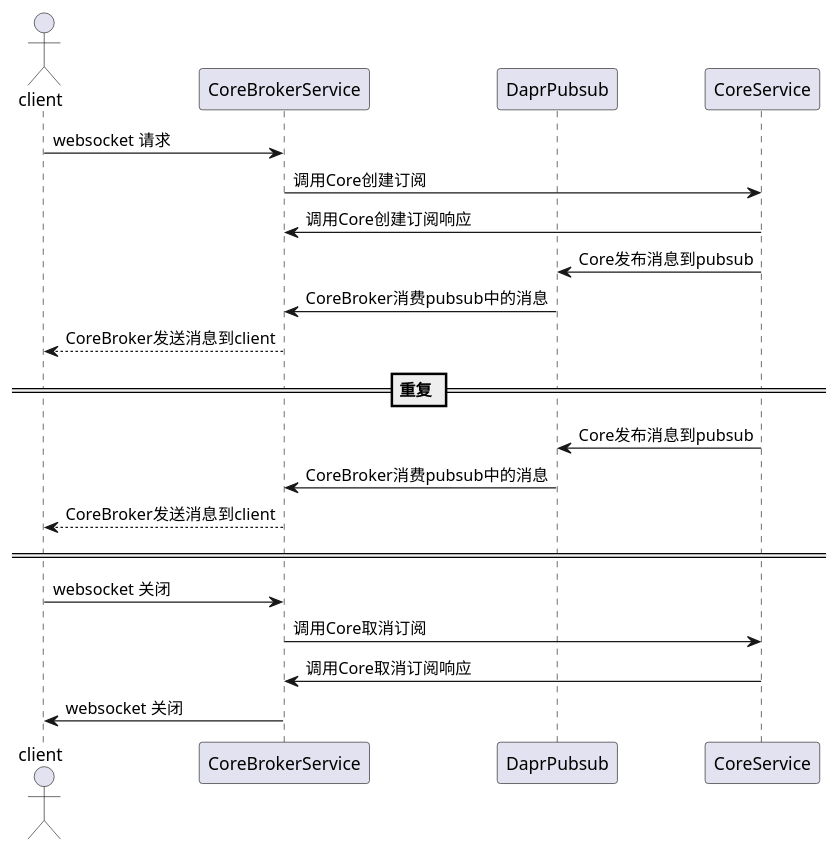
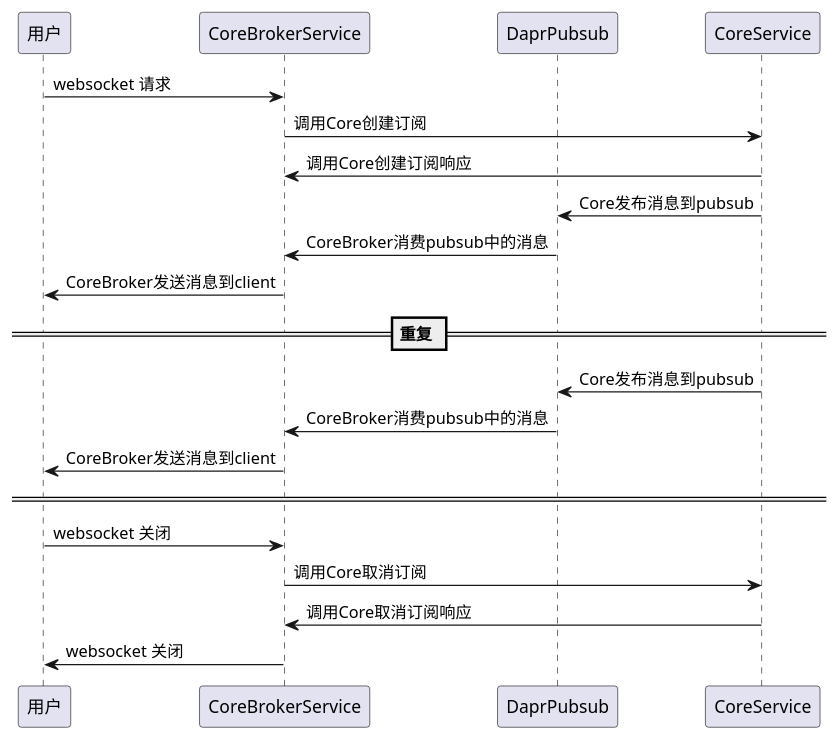
One commit to tkeel-io/docs changed the ninth of 9 diagrams in docs/api/appendix/plantuml/core_broker.md. Above: the diagram before and after it, drawn with PlantUML. The commit also changed other lines of this file and 2 other files, not shown here.

````diff
--- a/docs/api/appendix/plantuml/core_broker.md
+++ b/docs/api/appendix/plantuml/core_broker.md
@@ -126,26 +148,26 @@
 ```plantuml
 @startuml
-actor client
+participant "用户" as user
 participant CoreBrokerService
 participant DaprPubsub
 participant CoreService
 
-client->CoreBrokerService:websocket 请求
+user->CoreBrokerService:websocket 请求
 CoreBrokerService->CoreService:调用Core创建订阅
 CoreBrokerService<-CoreService:调用Core创建订阅响应
 CoreService->DaprPubsub:Core发布消息到pubsub
 DaprPubsub->CoreBrokerService:CoreBroker消费pubsub中的消息
-CoreBrokerService-->client:CoreBroker发送消息到client
+CoreBrokerService->user:CoreBroker发送消息到client
 
 == 重复 ==
 CoreService->DaprPubsub:Core发布消息到pubsub
 DaprPubsub->CoreBrokerService:CoreBroker消费pubsub中的消息
-CoreBrokerService-->client:CoreBroker发送消息到client
+CoreBrokerService->user:CoreBroker发送消息到client
 
 ====
-client->CoreBrokerService:websocket 关闭
+user->CoreBrokerService:websocket 关闭
 CoreBrokerService->CoreService:调用Core取消订阅
 CoreBrokerService<-CoreService:调用Core取消订阅响应
-client<-CoreBrokerService:websocket 关闭
+user<-CoreBrokerService:websocket 关闭
 @enduml
 ```
````
